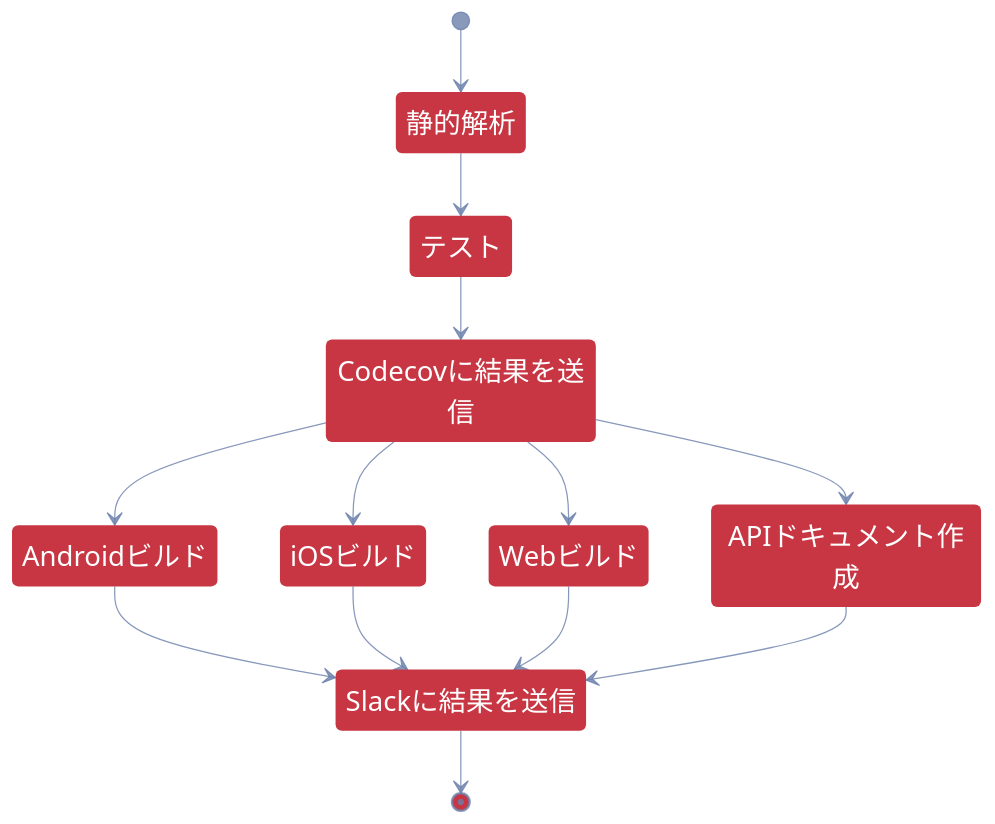
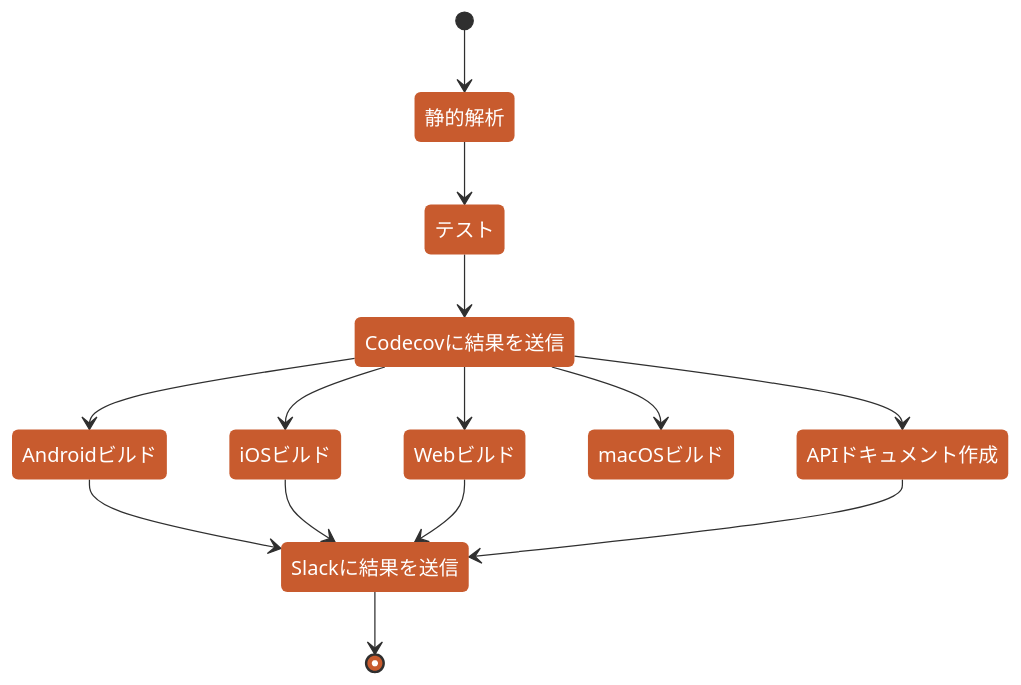
The second of 2 diagrams in README.md (susatthi/github-search), drawn with Mermaid before and after one commit. The commit also changed other lines of this file, not shown here.

````diff
--- a/README.md
+++ b/README.md
@@ -187,16 +185,17 @@
 ```mermaid
-%%{init:{'theme':'base','themeVariables':{'primaryColor':'#c73642','primaryTextColor':'#ffffff','lineColor':'#6A7FABCC','textColor':'#6A7FABCC','fontSize':'22px','nodeBorder':'0px'}}}%%
+%%{init:{'theme':'base','themeVariables':{'primaryColor':'#C85B2E','primaryTextColor':'#ffffff','lineColor':'#2f2f2f','fontSize':'16px','nodeBorder':'0px'}}}%%
 stateDiagram-v2 
     [*] --> 静的解析
     静的解析 --> テスト
     テスト --> Codecovに結果を送信
     Codecovに結果を送信 --> Androidビルド
     Codecovに結果を送信 --> iOSビルド
     Codecovに結果を送信 --> Webビルド
+    Codecovに結果を送信 --> macOSビルド
     Codecovに結果を送信 --> APIドキュメント作成
     Androidビルド --> Slackに結果を送信
     iOSビルド --> Slackに結果を送信
     Webビルド --> Slackに結果を送信
     APIドキュメント作成 --> Slackに結果を送信
     Slackに結果を送信 --> [*]
 ```
````
